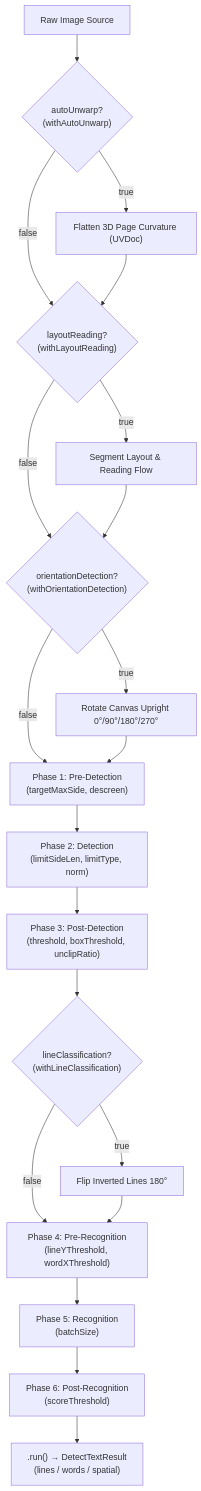
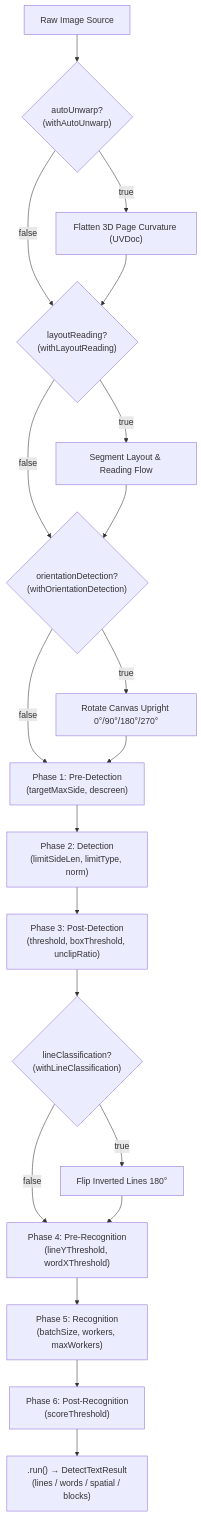
The diagram in docs/content/en/04.api-reference/02.ocr-run-options.md (byrizki/rusto-rs), drawn with Mermaid before and after one commit. The commit also changed other lines of this file and 35 other files, not shown here.

````diff
--- a/docs/content/en/04.api-reference/02.ocr-run-options.md
+++ b/docs/content/en/04.api-reference/02.ocr-run-options.md
@@ -15,22 +15,22 @@
 ```mermaid
 flowchart TD
     A["Raw Image Source"] --> U{"autoUnwarp?<br/>(withAutoUnwarp)"}
     U -->|true| U1["Flatten 3D Page Curvature (UVDoc)"]
     U -->|false| L{"layoutReading?<br/>(withLayoutReading)"}
     U1 --> L
     L -->|true| L1["Segment Layout &amp; Reading Flow"]
     L -->|false| O{"orientationDetection?<br/>(withOrientationDetection)"}
     L1 --> O
     O -->|true| O1["Rotate Canvas Upright 0&deg;/90&deg;/180&deg;/270&deg;"]
     O -->|false| P1["Phase 1: Pre-Detection<br/>(targetMaxSide, descreen)"]
     O1 --> P1
     P1 --> P2["Phase 2: Detection<br/>(limitSideLen, limitType, norm)"]
     P2 --> P3["Phase 3: Post-Detection<br/>(threshold, boxThreshold, unclipRatio)"]
     P3 --> C{"lineClassification?<br/>(withLineClassification)"}
     C -->|true| C1["Flip Inverted Lines 180&deg;"]
     C -->|false| P4["Phase 4: Pre-Recognition<br/>(lineYThreshold, wordXThreshold)"]
     C1 --> P4
-    P4 --> P5["Phase 5: Recognition<br/>(batchSize)"]
+    P4 --> P5["Phase 5: Recognition<br/>(batchSize, workers, maxWorkers)"]
     P5 --> P6["Phase 6: Post-Recognition<br/>(scoreThreshold)"]
-    P6 --> OUT[".run() &rarr; DetectTextResult<br/>(lines / words / spatial)"]
+    P6 --> OUT[".run() &rarr; DetectTextResult<br/>(lines / words / spatial / blocks)"]
 ```
````
